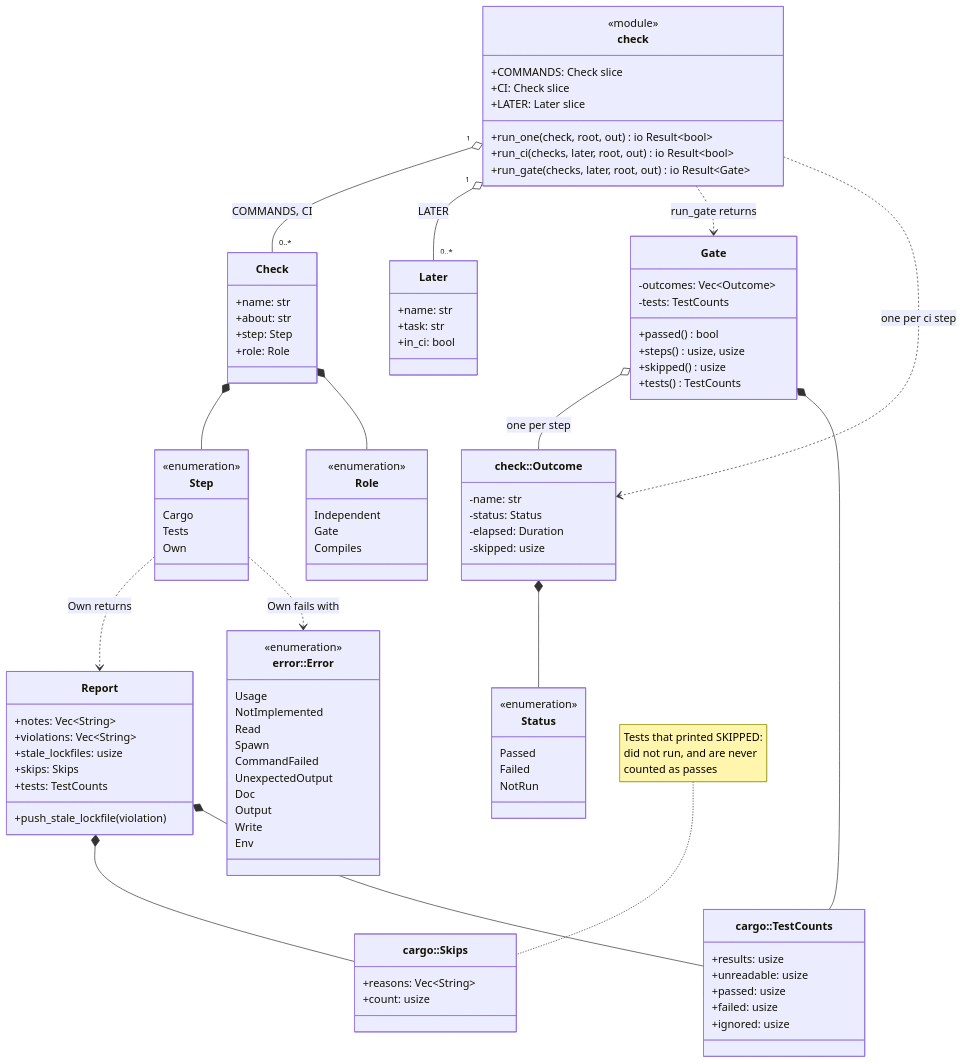
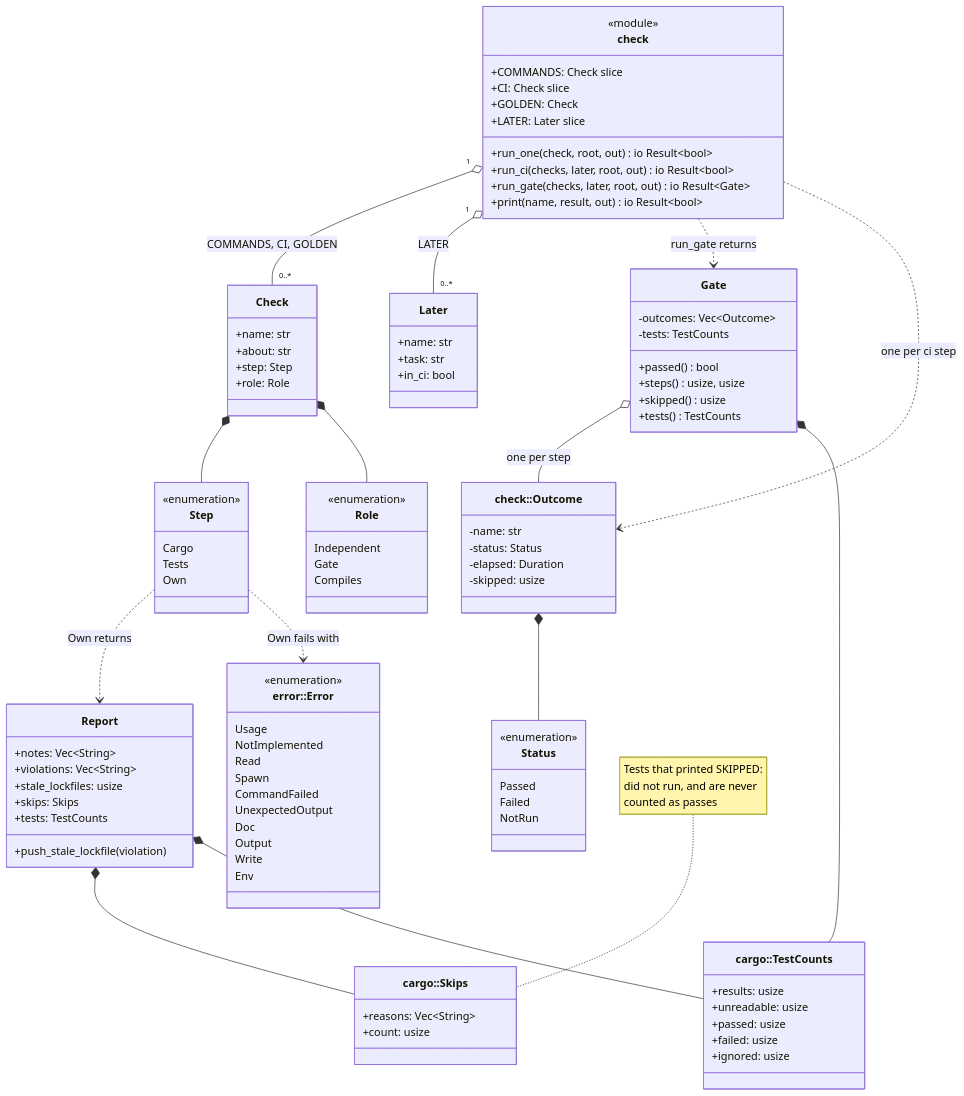
Before and after one commit to jabbott-iii/Tidepool: diagram 27 of 38 in diagrams/class-diagrams.md, drawn with Mermaid. The commit also changed other lines of this file and 67 other files, not shown here.

```diff
--- a/diagrams/class-diagrams.md
+++ b/diagrams/class-diagrams.md
@@ -1943,10 +2030,12 @@
         <<module>>
         +COMMANDS: Check slice
         +CI: Check slice
+        +GOLDEN: Check
         +LATER: Later slice
         +run_one(check, root, out) io Result~bool~
         +run_ci(checks, later, root, out) io Result~bool~
         +run_gate(checks, later, root, out) io Result~Gate~
+        +print(name, result, out) io Result~bool~
     }
     class Gate {
         -outcomes: Vec~Outcome~
@@ -2023,7 +2112,7 @@
         Write
         Env
     }
-    CheckFns "1" o-- "0..*" Check : COMMANDS, CI
+    CheckFns "1" o-- "0..*" Check : COMMANDS, CI, GOLDEN
     CheckFns "1" o-- "0..*" Later : LATER
     Check *-- Step
     Check *-- Role
```
